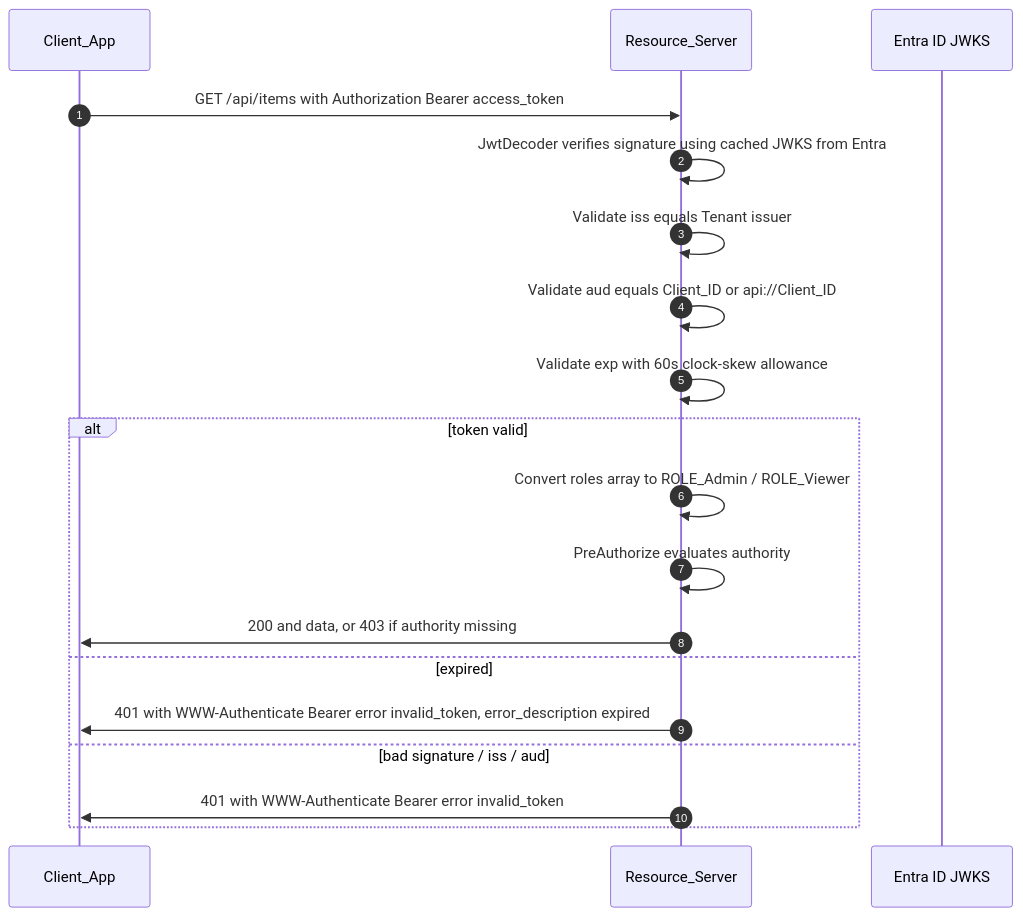
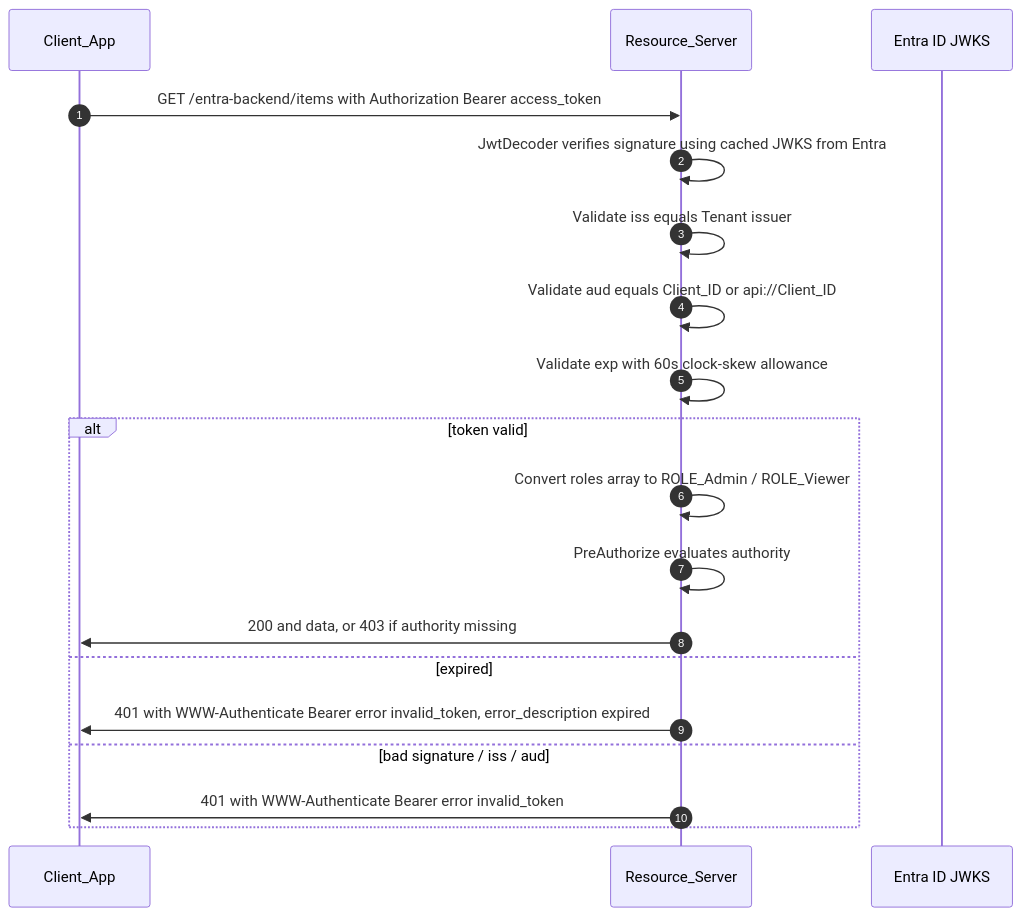
The third of 4 diagrams in .kiro/specs/entra-oauth-fullstack/design.md (dbnex14/entra-id-fullstack-tutorial), drawn with Mermaid before and after one commit. The commit also changed other lines of this file and 18 other files, not shown here.

Commit message:
Add context path for backend as /entra-backend so it is clearer instead of being api

````diff
--- a/.kiro/specs/entra-oauth-fullstack/design.md
+++ b/.kiro/specs/entra-oauth-fullstack/design.md
@@ -151,22 +151,22 @@
 ```mermaid
 sequenceDiagram
     autonumber
     participant SPA as Client_App
     participant RS as Resource_Server
     participant Entra as Entra ID JWKS
 
-    SPA->>RS: GET /api/items with Authorization Bearer access_token
+    SPA->>RS: GET /entra-backend/items with Authorization Bearer access_token
     RS->>RS: JwtDecoder verifies signature using cached JWKS from Entra
     RS->>RS: Validate iss equals Tenant issuer
     RS->>RS: Validate aud equals Client_ID or api://Client_ID
     RS->>RS: Validate exp with 60s clock-skew allowance
     alt token valid
         RS->>RS: Convert roles array to ROLE_Admin / ROLE_Viewer
         RS->>RS: PreAuthorize evaluates authority
         RS->>SPA: 200 and data, or 403 if authority missing
     else expired
         RS->>SPA: 401 with WWW-Authenticate Bearer error invalid_token, error_description expired
     else bad signature / iss / aud
         RS->>SPA: 401 with WWW-Authenticate Bearer error invalid_token
     end
 ```
````
